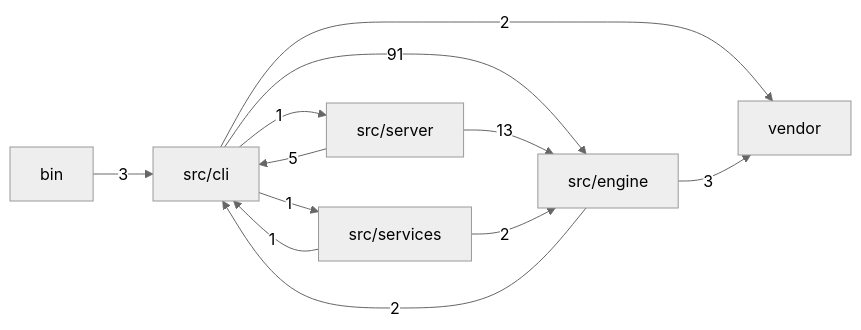
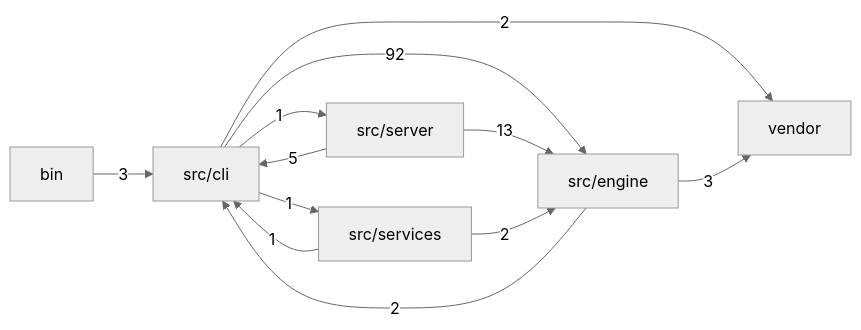
One commit to mgillr/memev changed the first of 2 diagrams in docs/MODULES.md. Above: the diagram before and after it, drawn with Mermaid (neutral theme). The commit also changed other lines of this file and 2 other files, not shown here.

````diff
--- a/docs/MODULES.md
+++ b/docs/MODULES.md
@@ -11,20 +11,20 @@
 ```mermaid
 flowchart LR
   bin["bin"]
   cli["src/cli"]
   engine["src/engine"]
   server["src/server"]
   services["src/services"]
   vendor["vendor"]
   bin -->|"3"| cli
-  cli -->|"91"| engine
+  cli -->|"92"| engine
   cli -->|"1"| server
   cli -->|"1"| services
   cli -->|"2"| vendor
   engine -->|"2"| cli
   engine -->|"3"| vendor
   server -->|"5"| cli
   server -->|"13"| engine
   services -->|"1"| cli
   services -->|"2"| engine
 ```
````
